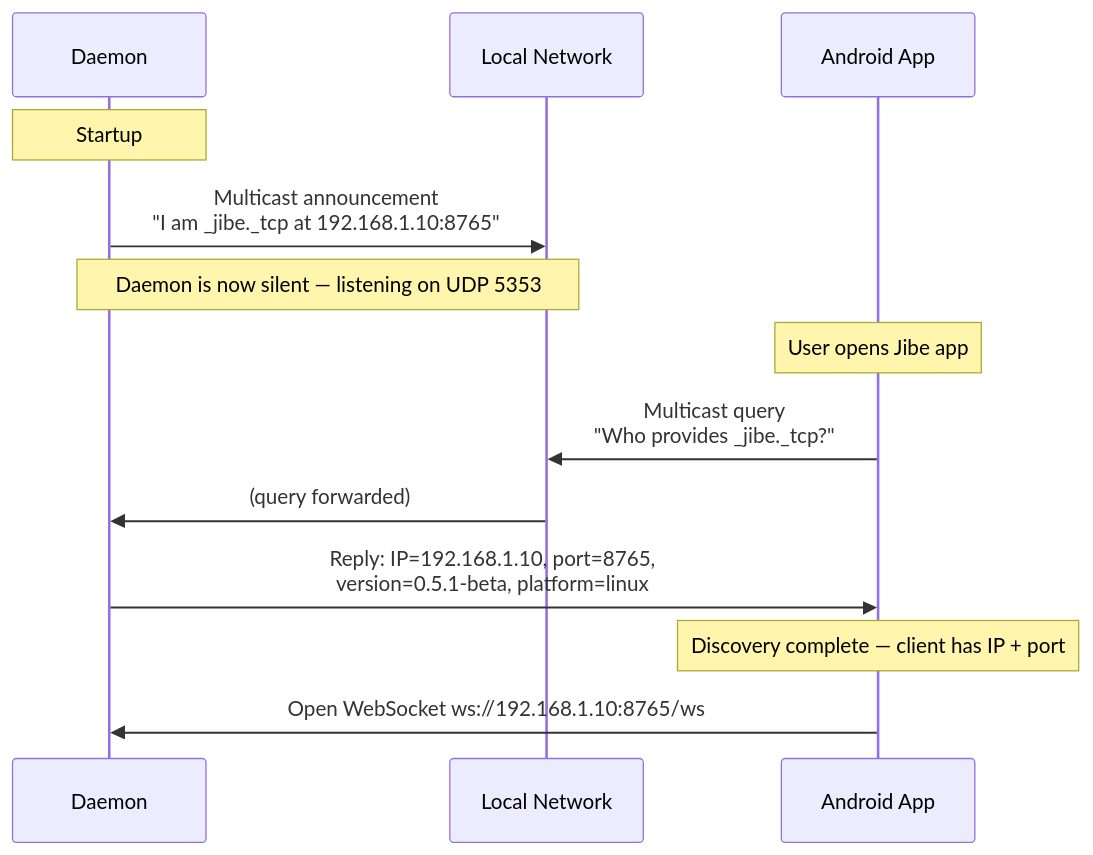
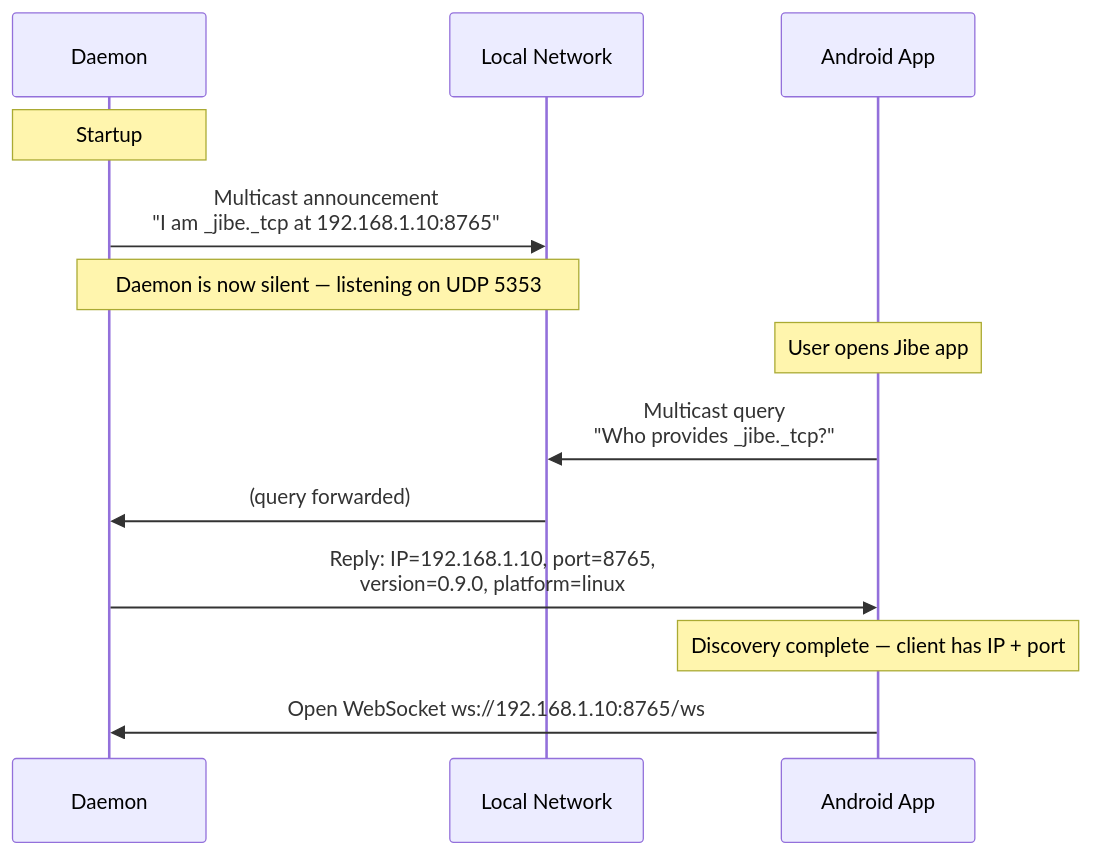
The first of 3 diagrams in docs/flows.md (gobbledyglomp/jibe), drawn with Mermaid before and after one commit. The commit also changed 4 other files, not shown here.

````diff
--- a/docs/flows.md
+++ b/docs/flows.md
@@ -7,19 +7,19 @@
 ```mermaid
 sequenceDiagram
     participant Daemon
     participant LAN as Local Network
     participant Client as Android App
 
     Note over Daemon: Startup
     Daemon->>LAN: Multicast announcement<br/>"I am _jibe._tcp at 192.168.1.10:8765"
 
     Note over Daemon,LAN: Daemon is now silent — listening on UDP 5353
 
     Note over Client: User opens Jibe app
     Client->>LAN: Multicast query<br/>"Who provides _jibe._tcp?"
     LAN->>Daemon: (query forwarded)
-    Daemon->>Client: Reply: IP=192.168.1.10, port=8765,<br/>version=0.5.1-beta, platform=linux
+    Daemon->>Client: Reply: IP=192.168.1.10, port=8765,<br/>version=0.9.0, platform=linux
 
     Note over Client: Discovery complete — client has IP + port
     Client->>Daemon: Open WebSocket ws://192.168.1.10:8765/ws
 ```
````
